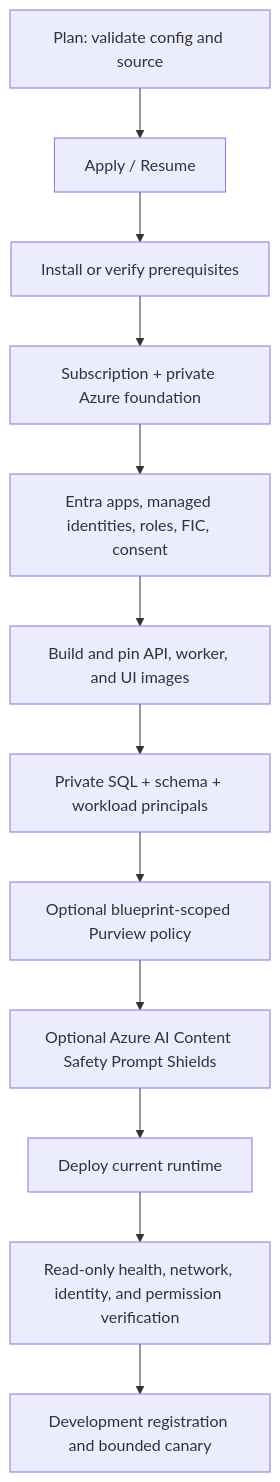
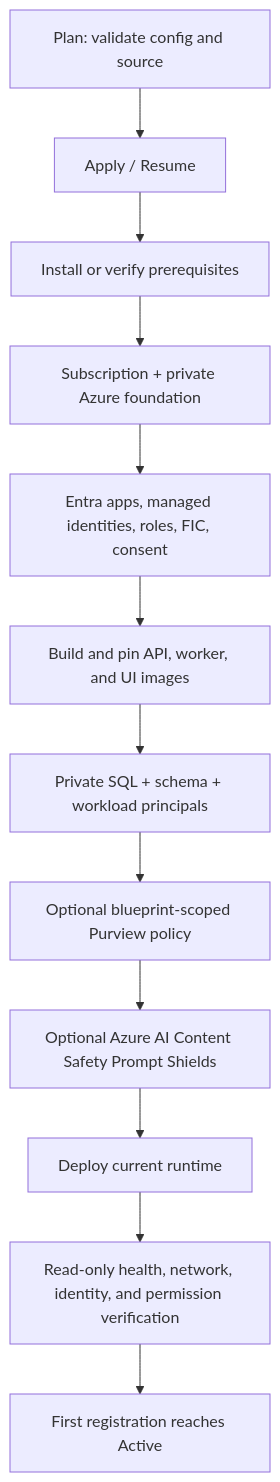
Before and after one commit to patrick-shim/a365-custom-gateway: the third of 3 diagrams in README.md, drawn with Mermaid. The commit also changed other lines of this file and 4 other files, not shown here.

Commit message:
Make FirstAgentActive the final setup milestone

````diff
--- a/README.md
+++ b/README.md
@@ -377,14 +381,14 @@
 ```mermaid
 flowchart TD
     Plan[Plan: validate config and source] --> Apply[Apply / Resume]
     Apply --> Prereq[Install or verify prerequisites]
     Prereq --> Foundation[Subscription + private Azure foundation]
     Foundation --> Identity[Entra apps, managed identities, roles, FIC, consent]
     Identity --> Images[Build and pin API, worker, and UI images]
     Images --> Data[Private SQL + schema + workload principals]
     Data --> Optional[Optional blueprint-scoped Purview policy]
     Optional --> Shield[Optional Azure AI Content Safety Prompt Shields]
     Shield --> Runtime[Deploy current runtime]
     Runtime --> Verify[Read-only health, network, identity, and permission verification]
-    Verify --> Register[Development registration and bounded canary]
+    Verify --> Register[First registration reaches Active]
 ```
````
